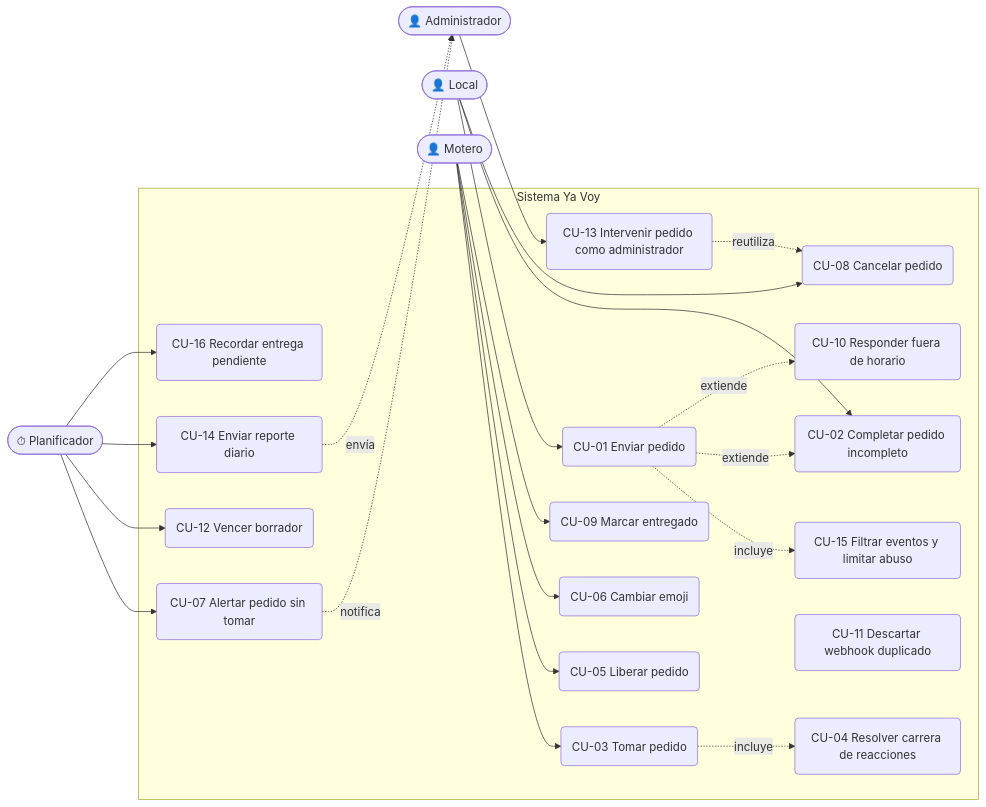
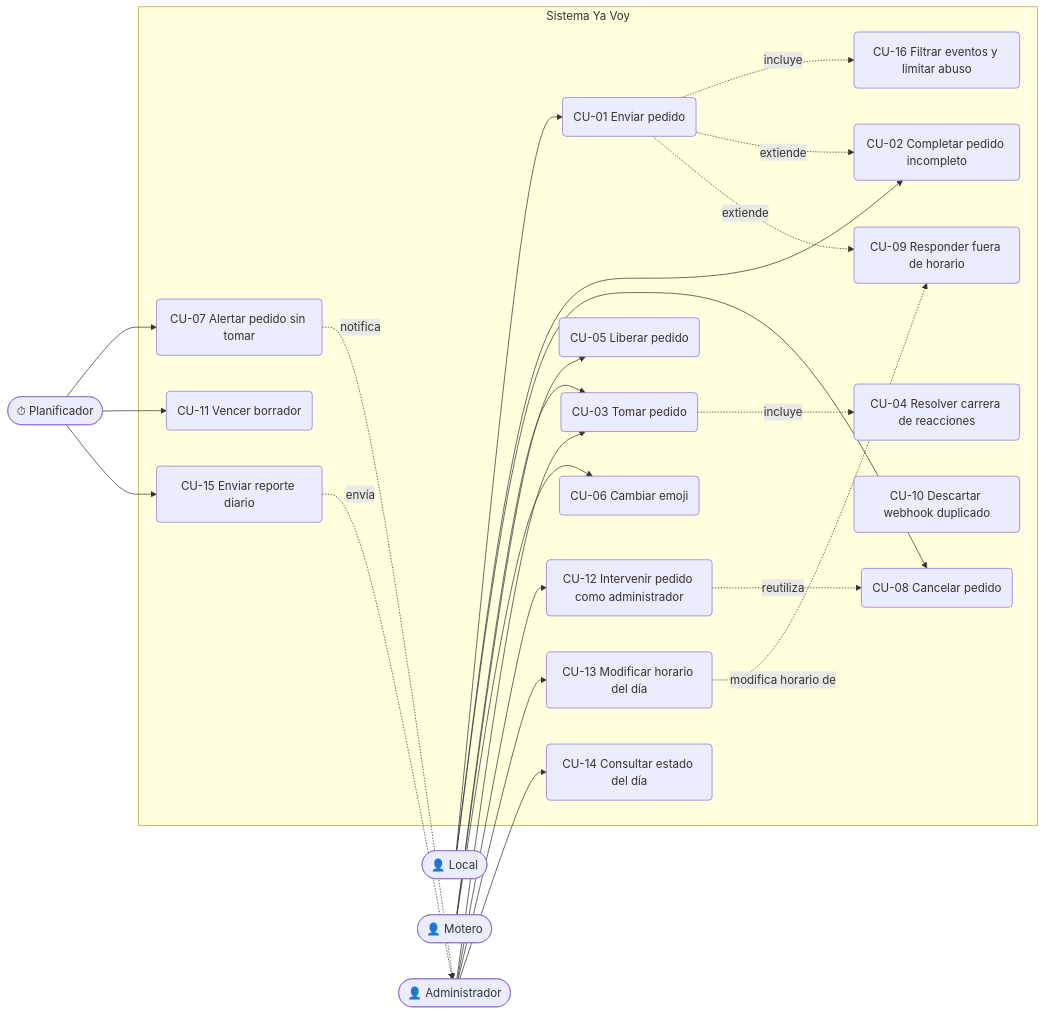
Before and after one commit to KevOrtega/ya-voy-automation-whatsapp: the diagram in docs/02-casos-de-uso.md, drawn with Mermaid. The commit also changed other lines of this file and 8 other files, not shown here.

````diff
--- a/docs/02-casos-de-uso.md
+++ b/docs/02-casos-de-uso.md
@@ -5,47 +5,49 @@
 ```mermaid
 flowchart LR
     store(["👤 Local"])
     courier(["👤 Motero"])
     admin(["👤 Administrador"])
     sched(["⏱ Planificador"])
 
     subgraph sys["Sistema Ya Voy"]
         CU01("CU-01 Enviar pedido")
         CU02("CU-02 Completar pedido incompleto")
         CU03("CU-03 Tomar pedido")
         CU04("CU-04 Resolver carrera de reacciones")
         CU05("CU-05 Liberar pedido")
         CU06("CU-06 Cambiar emoji")
         CU07("CU-07 Alertar pedido sin tomar")
         CU08("CU-08 Cancelar pedido")
-        CU09("CU-09 Marcar entregado")
-        CU10("CU-10 Responder fuera de horario")
-        CU11("CU-11 Descartar webhook duplicado")
-        CU12("CU-12 Vencer borrador")
-        CU13("CU-13 Intervenir pedido como administrador")
-        CU14("CU-14 Enviar reporte diario")
-        CU15("CU-15 Filtrar eventos y limitar abuso")
-        CU16("CU-16 Recordar entrega pendiente")
+        CU09("CU-09 Responder fuera de horario")
+        CU10("CU-10 Descartar webhook duplicado")
+        CU11("CU-11 Vencer borrador")
+        CU12("CU-12 Intervenir pedido como administrador")
+        CU13("CU-13 Modificar horario del día")
+        CU14("CU-14 Consultar estado del día")
+        CU15("CU-15 Enviar reporte diario")
+        CU16("CU-16 Filtrar eventos y limitar abuso")
     end
 
     store --> CU01
     store --> CU02
     store --> CU08
     courier --> CU03
     courier --> CU05
     courier --> CU06
-    courier --> CU09
+    admin --> CU03
+    admin --> CU12
     admin --> CU13
+    admin --> CU14
     sched --> CU07
-    sched --> CU12
-    sched --> CU14
-    sched --> CU16
+    sched --> CU11
+    sched --> CU15
     CU07 -. notifica .-> admin
-    CU14 -. envía .-> admin
+    CU15 -. envía .-> admin
 
-    CU01 -. incluye .-> CU15
+    CU01 -. incluye .-> CU16
     CU01 -. extiende .-> CU02
-    CU01 -. extiende .-> CU10
+    CU01 -. extiende .-> CU09
     CU03 -. incluye .-> CU04
-    CU13 -. reutiliza .-> CU08
+    CU12 -. reutiliza .-> CU08
+    CU13 -. modifica horario de .-> CU09
 ```
````
